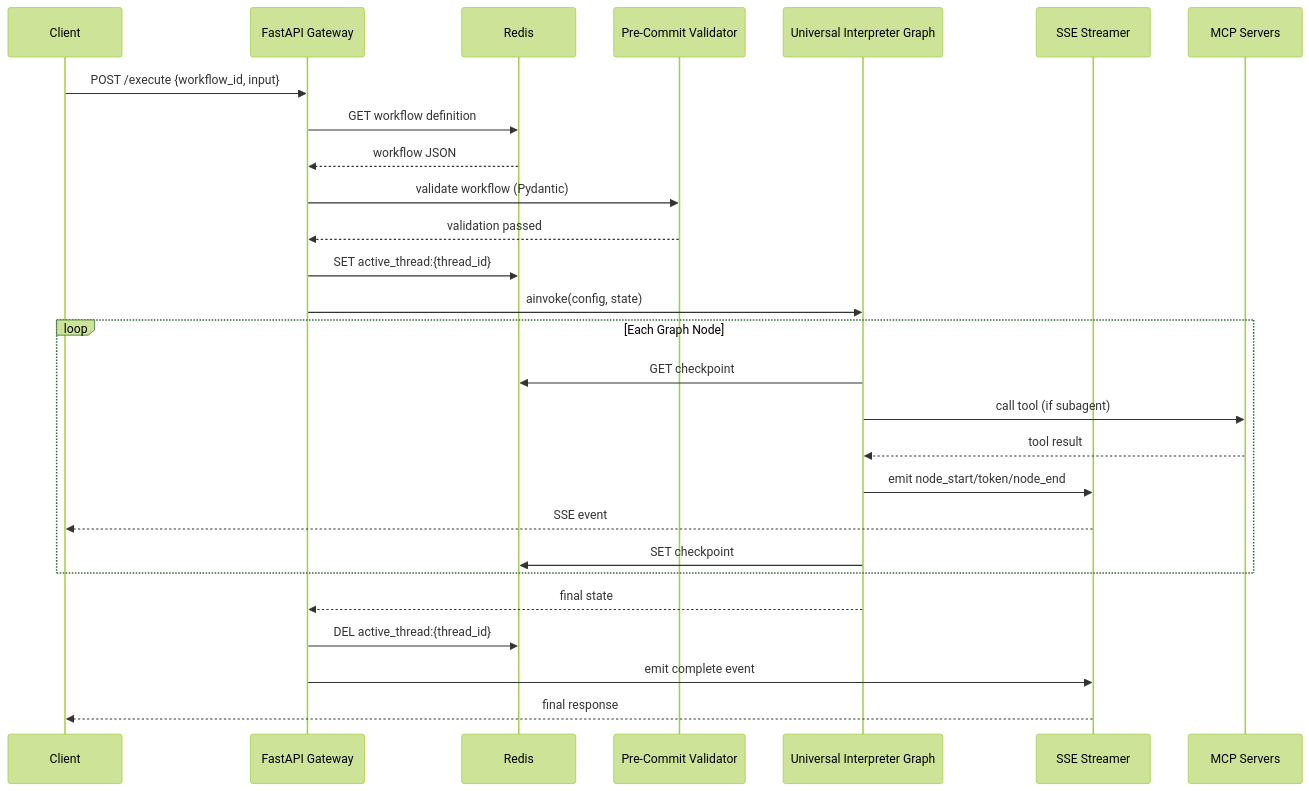
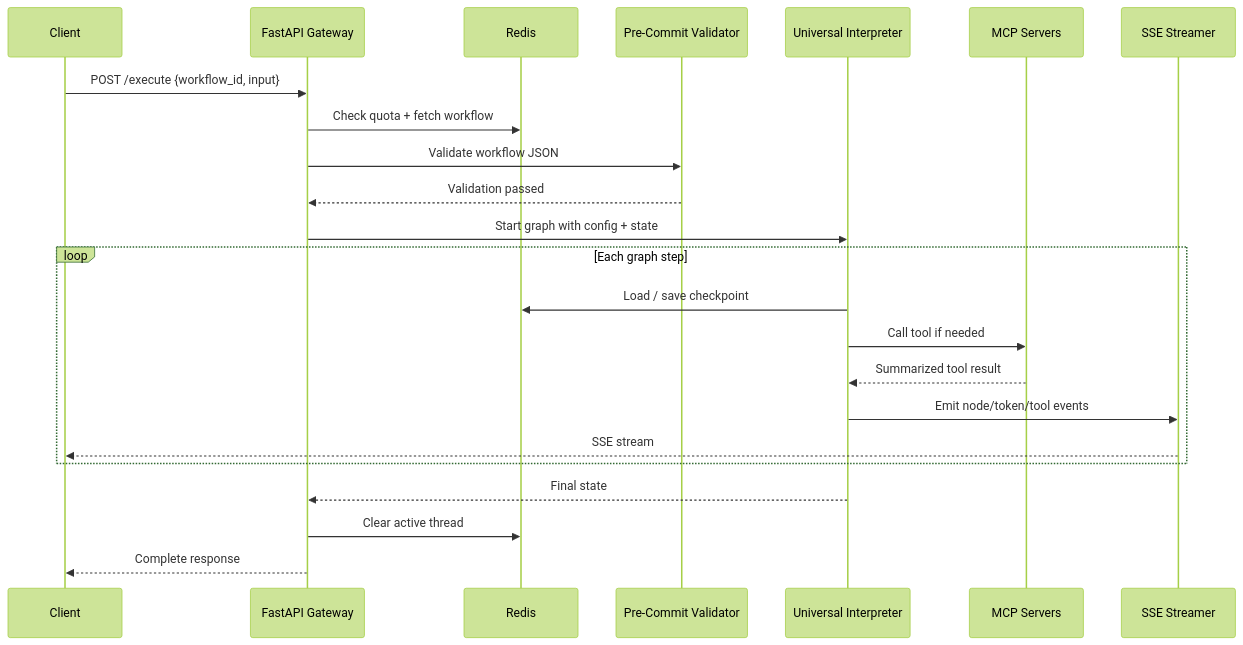
The diagram in docs/graph-weave/technical/charts/request-lifecycle.md (destngx/monorepo), drawn with Mermaid (forest theme) before and after one commit. The commit also changed other lines of this file and 34 other files, not shown here.

Commit message:
docs: code and charts for graph weave synthezise dupplicate

````diff
--- a/docs/graph-weave/technical/charts/request-lifecycle.md
+++ b/docs/graph-weave/technical/charts/request-lifecycle.md
@@ -47,32 +1,28 @@
 ```mermaid
 sequenceDiagram
     participant C as Client
     participant API as FastAPI Gateway
     participant R as Redis
     participant V as Pre-Commit Validator
-    participant G as Universal Interpreter Graph
+    participant G as Universal Interpreter
+    participant M as MCP Servers
     participant S as SSE Streamer
-    participant M as MCP Servers
 
     C->>API: POST /execute {workflow_id, input}
-    API->>R: GET workflow definition
-    R-->>API: workflow JSON
-    API->>V: validate workflow (Pydantic)
-    V-->>API: validation passed
-    API->>R: SET active_thread:{thread_id}
-    API->>G: ainvoke(config, state)
-    
-    loop Each Graph Node
-        G->>R: GET checkpoint
-        G->>M: call tool (if subagent)
-        M-->>G: tool result
-        G->>S: emit node_start/token/node_end
-        S-->>C: SSE event
-        G->>R: SET checkpoint
+    API->>R: Check quota + fetch workflow
+    API->>V: Validate workflow JSON
+    V-->>API: Validation passed
+    API->>G: Start graph with config + state
+
+    loop Each graph step
+        G->>R: Load / save checkpoint
+        G->>M: Call tool if needed
+        M-->>G: Summarized tool result
+        G->>S: Emit node/token/tool events
+        S-->>C: SSE stream
     end
-    
-    G-->>API: final state
-    API->>R: DEL active_thread:{thread_id}
-    API->>S: emit complete event
-    S-->>C: final response
+
+    G-->>API: Final state
+    API->>R: Clear active thread
+    API-->>C: Complete response
 ```
````
